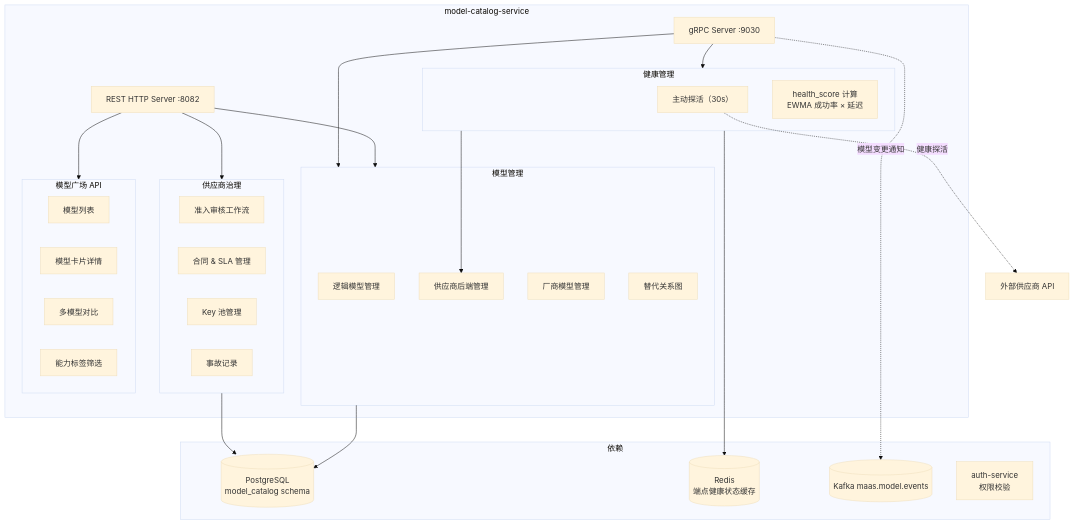
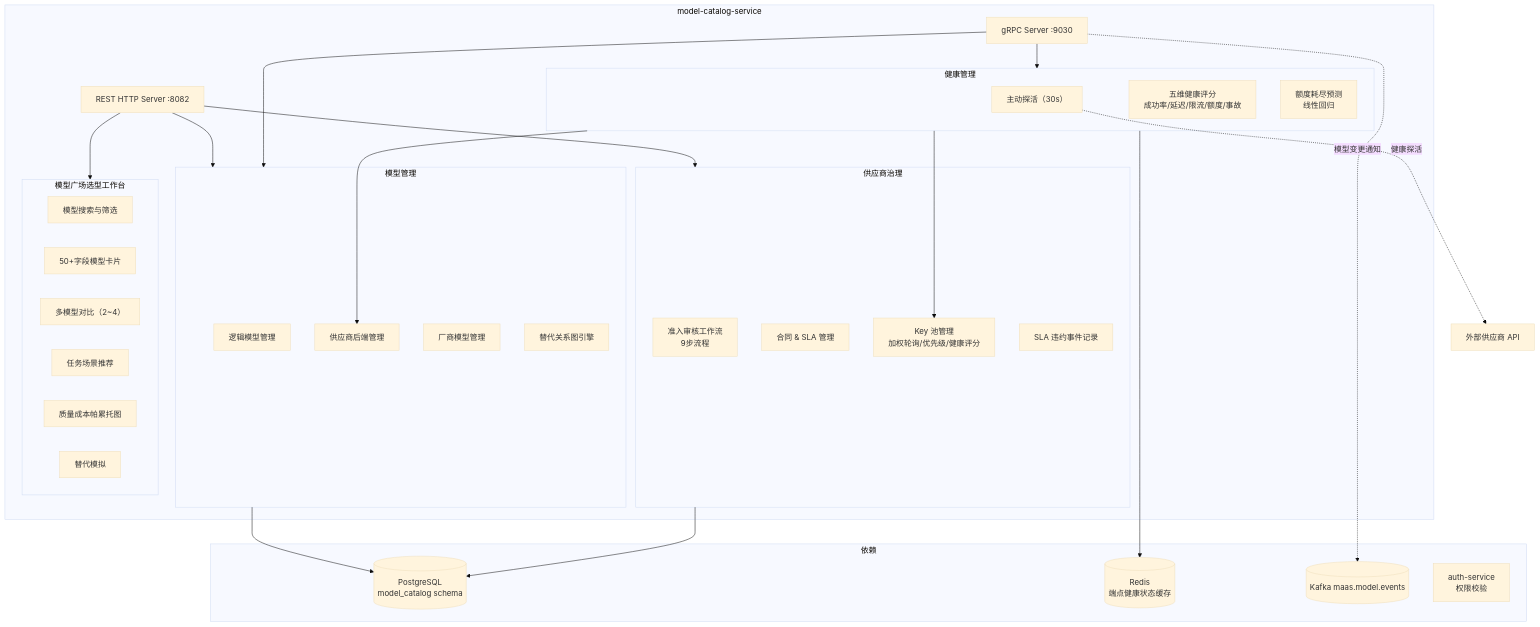
One commit to kate1128/OpenMaas changed the first of 3 diagrams in 05-开发设计/01-后端设计/微服务设计/03-model-catalog-service详细设计.md. Above: the diagram before and after it, drawn with Mermaid (base theme). The commit also changed other lines of this file and 11239 other files, not shown here.

````diff
--- a/05-开发设计/01-后端设计/微服务设计/03-model-catalog-service详细设计.md
+++ b/05-开发设计/01-后端设计/微服务设计/03-model-catalog-service详细设计.md
@@ -48,50 +69,54 @@
 ```mermaid
 graph TD
     subgraph MCS["model-catalog-service"]
         HttpServer[REST HTTP Server :8082]
         GrpcServer[gRPC Server :9030]
 
         subgraph ModelMgmt["模型管理"]
             LogicalModelSvc[逻辑模型管理]
             VendorBackendSvc[供应商后端管理]
             ProviderModelSvc[厂商模型管理]
-            ReplacementGraph[替代关系图]
+            ReplacementGraph[替代关系图引擎]
         end
 
         subgraph VendorGov["供应商治理"]
-            VendorOnboarding[准入审核工作流]
+            VendorOnboarding[准入审核工作流\n9步流程]
             ContractMgmt[合同 & SLA 管理]
-            KeyPoolMgr[Key 池管理]
-            IncidentLog[事故记录]
+            KeyPoolMgr[Key 池管理\n加权轮询/优先级/健康评分]
+            SLAEventLog[SLA 违约事件记录]
         end
 
         subgraph HealthMgr["健康管理"]
             Prober[主动探活（30s）]
-            HealthScoreCalc[health_score 计算\nEWMA 成功率 × 延迟]
+            HealthScoreCalc[五维健康评分\n成功率/延迟/限流/额度/事故]
+            QuotaPredictor[额度耗尽预测\n线性回归]
         end
 
-        subgraph MarketplaceAPI["模型广场 API"]
-            ModelList[模型列表]
-            ModelCard[模型卡片详情]
-            ModelCompare[多模型对比]
-            TagFilter[能力标签筛选]
+        subgraph MarketplaceAPI["模型广场选型工作台"]
+            ModelSearch[模型搜索与筛选]
+            ModelCard[50+字段模型卡片]
+            ModelCompare[多模型对比（2~4）]
+            TaskRecommend[任务场景推荐]
+            QCParetoChart[质量成本帕累托图]
+            ReplacementSim[替代模拟]
         end
 
         HttpServer --> ModelMgmt & VendorGov & MarketplaceAPI
         GrpcServer --> ModelMgmt & HealthMgr
         HealthMgr --> VendorBackendSvc
+        HealthMgr --> KeyPoolMgr
     end
 
     subgraph Deps["依赖"]
         DB[(PostgreSQL\nmodel_catalog schema)]
         Redis[(Redis\n端点健康状态缓存)]
         Kafka[(Kafka maas.model.events)]
         AuthSvc[auth-service\n权限校验]
     end
 
     ModelMgmt --> DB
     VendorGov --> DB
     HealthMgr --> Redis
     Prober -.->|健康探活| ExternalVendor[外部供应商 API]
     GrpcServer -.->|模型变更通知| Kafka
 ```
````
